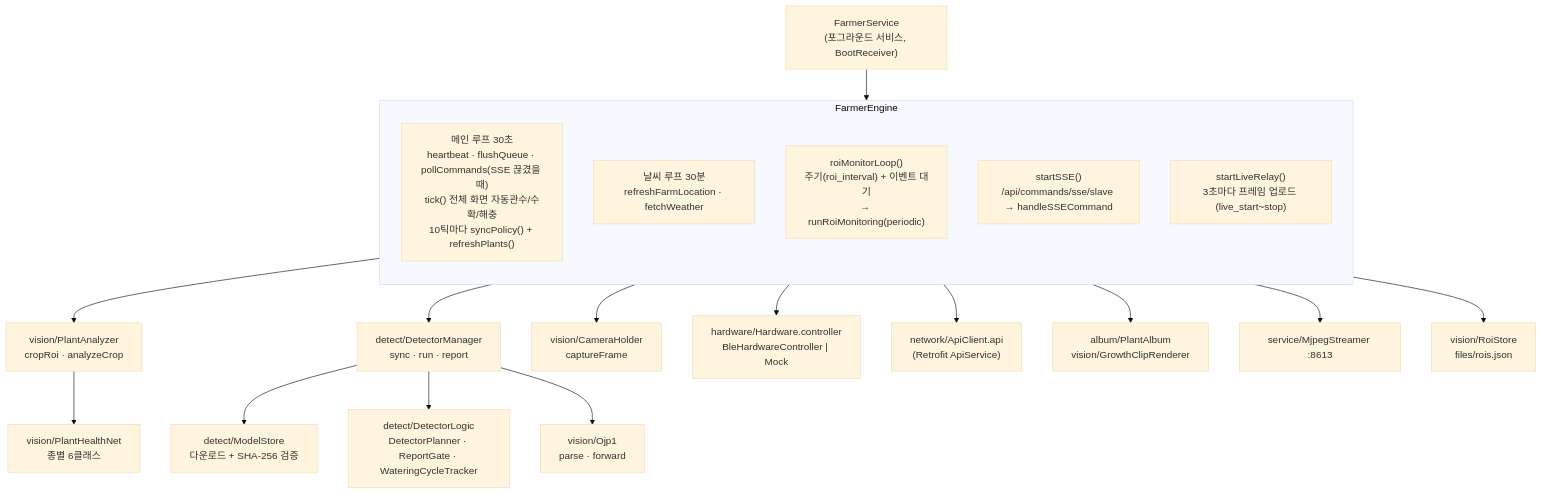
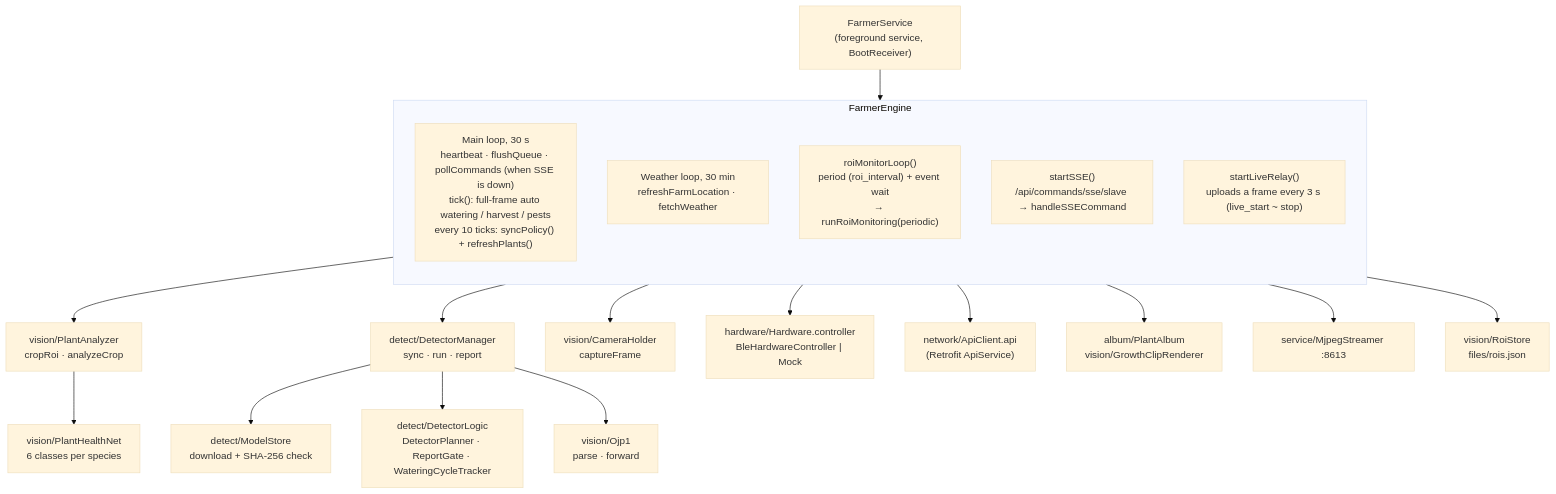
Before and after one commit to chungbrain/OOJOO-FARM: the second of 16 diagrams in docs/code-graph/README.md, drawn with Mermaid (base theme). The commit also changed other lines of this file and 7 other files, not shown here.

First line of the commit message:
docs: English code graph as default, Korean in *_kor.md

````diff
--- a/docs/code-graph/README.md
+++ b/docs/code-graph/README.md
@@ -68,26 +68,26 @@
 ```mermaid
 flowchart TB
-  SVC["FarmerService<br/>(포그라운드 서비스, BootReceiver)"] --> ENG
+  SVC["FarmerService<br/>(foreground service, BootReceiver)"] --> ENG
 
   subgraph ENG["FarmerEngine"]
     direction TB
-    L1["메인 루프 30초<br/>heartbeat · flushQueue · pollCommands(SSE 끊겼을 때)<br/>tick() 전체 화면 자동관수/수확/해충<br/>10틱마다 syncPolicy() + refreshPlants()"]
-    L2["날씨 루프 30분<br/>refreshFarmLocation · fetchWeather"]
-    L3["roiMonitorLoop()<br/>주기(roi_interval) + 이벤트 대기<br/>→ runRoiMonitoring(periodic)"]
+    L1["Main loop, 30 s<br/>heartbeat · flushQueue · pollCommands (when SSE is down)<br/>tick(): full-frame auto watering / harvest / pests<br/>every 10 ticks: syncPolicy() + refreshPlants()"]
+    L2["Weather loop, 30 min<br/>refreshFarmLocation · fetchWeather"]
+    L3["roiMonitorLoop()<br/>period (roi_interval) + event wait<br/>→ runRoiMonitoring(periodic)"]
     L4["startSSE()<br/>/api/commands/sse/slave → handleSSECommand"]
-    L5["startLiveRelay()<br/>3초마다 프레임 업로드 (live_start~stop)"]
+    L5["startLiveRelay()<br/>uploads a frame every 3 s (live_start ~ stop)"]
   end
 
   ENG --> DM["detect/DetectorManager<br/>sync · run · report"]
-  DM --> MS["detect/ModelStore<br/>다운로드 + SHA-256 검증"]
+  DM --> MS["detect/ModelStore<br/>download + SHA-256 check"]
   DM --> LOGIC["detect/DetectorLogic<br/>DetectorPlanner · ReportGate · WateringCycleTracker"]
   DM --> OJP["vision/Ojp1<br/>parse · forward"]
   L3 --> PA["vision/PlantAnalyzer<br/>cropRoi · analyzeCrop"]
-  PA --> PHN["vision/PlantHealthNet<br/>종별 6클래스"]
+  PA --> PHN["vision/PlantHealthNet<br/>6 classes per species"]
   L3 --> CH["vision/CameraHolder<br/>captureFrame"]
   ENG --> HWC["hardware/Hardware.controller<br/>BleHardwareController | Mock"]
   ENG --> API["network/ApiClient.api<br/>(Retrofit ApiService)"]
   ENG --> ALB["album/PlantAlbum<br/>vision/GrowthClipRenderer"]
   ENG --> MJ["service/MjpegStreamer :8613"]
   ENG --> RS["vision/RoiStore<br/>files/rois.json"]
 ```
````
